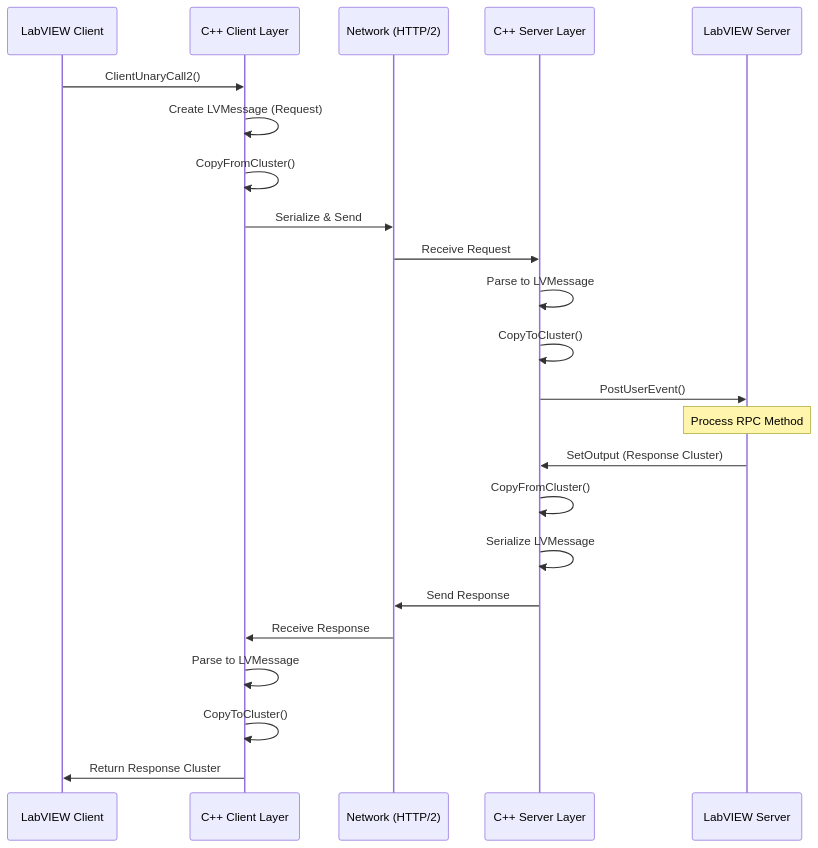
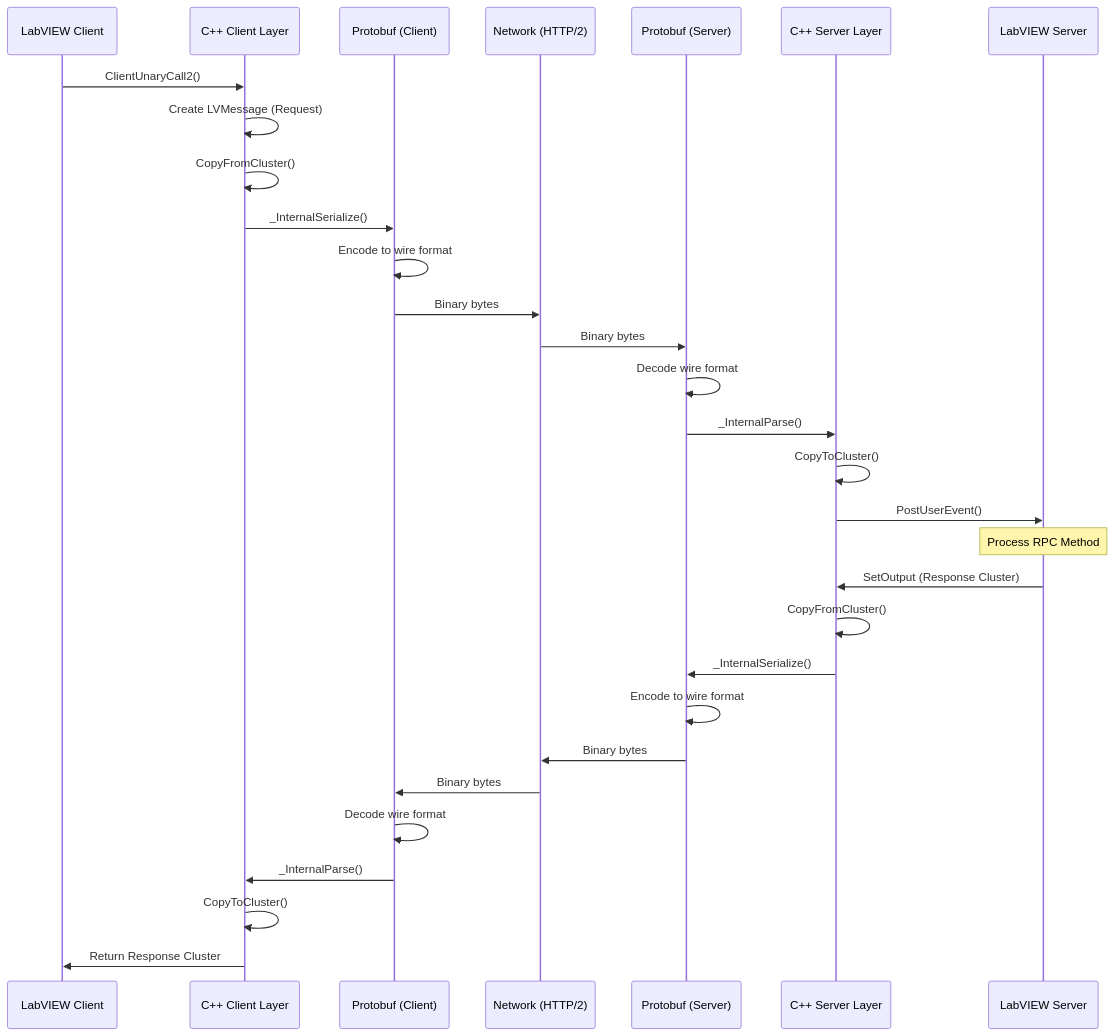
One commit to yash-ni/Docs changed the third of 7 diagrams in KnownIssuesAndUpgradePath.md. Above: the diagram before and after it, drawn with Mermaid. The commit also changed other lines of this file, not shown here.

Commit message:
Minor changes

````diff
--- a/KnownIssuesAndUpgradePath.md
+++ b/KnownIssuesAndUpgradePath.md
@@ -151,28 +151,35 @@
 ```mermaid
 sequenceDiagram
     participant LV_Client as LabVIEW Client
     participant CPP_Client as C++ Client Layer
+    participant PB_Client as Protobuf (Client)
     participant Network as Network (HTTP/2)
+    participant PB_Server as Protobuf (Server)
     participant CPP_Server as C++ Server Layer
     participant LV_Server as LabVIEW Server
 
     LV_Client->>CPP_Client: ClientUnaryCall2()
     CPP_Client->>CPP_Client: Create LVMessage (Request)
     CPP_Client->>CPP_Client: CopyFromCluster()
-    CPP_Client->>Network: Serialize & Send
-    Network->>CPP_Server: Receive Request
-    CPP_Server->>CPP_Server: Parse to LVMessage
+    CPP_Client->>PB_Client: _InternalSerialize()
+    PB_Client->>PB_Client: Encode to wire format
+    PB_Client->>Network: Binary bytes
+    Network->>PB_Server: Binary bytes
+    PB_Server->>PB_Server: Decode wire format
+    PB_Server->>CPP_Server: _InternalParse()
     CPP_Server->>CPP_Server: CopyToCluster()
     CPP_Server->>LV_Server: PostUserEvent()
     
     Note over LV_Server: Process RPC Method
     
     LV_Server->>CPP_Server: SetOutput (Response Cluster)
     CPP_Server->>CPP_Server: CopyFromCluster()
-    CPP_Server->>CPP_Server: Serialize LVMessage
-    CPP_Server->>Network: Send Response
-    Network->>CPP_Client: Receive Response
-    CPP_Client->>CPP_Client: Parse to LVMessage
+    CPP_Server->>PB_Server: _InternalSerialize()
+    PB_Server->>PB_Server: Encode to wire format
+    PB_Server->>Network: Binary bytes
+    Network->>PB_Client: Binary bytes
+    PB_Client->>PB_Client: Decode wire format
+    PB_Client->>CPP_Client: _InternalParse()
     CPP_Client->>CPP_Client: CopyToCluster()
     CPP_Client->>LV_Client: Return Response Cluster
 ```
````
